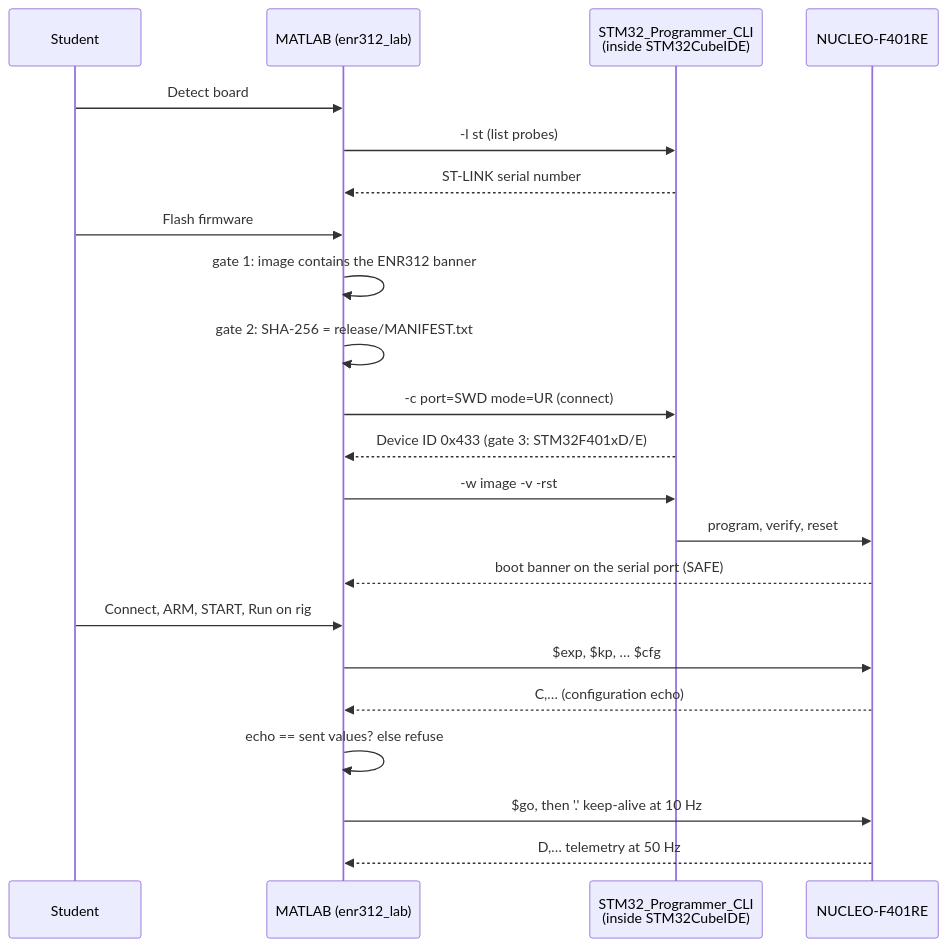
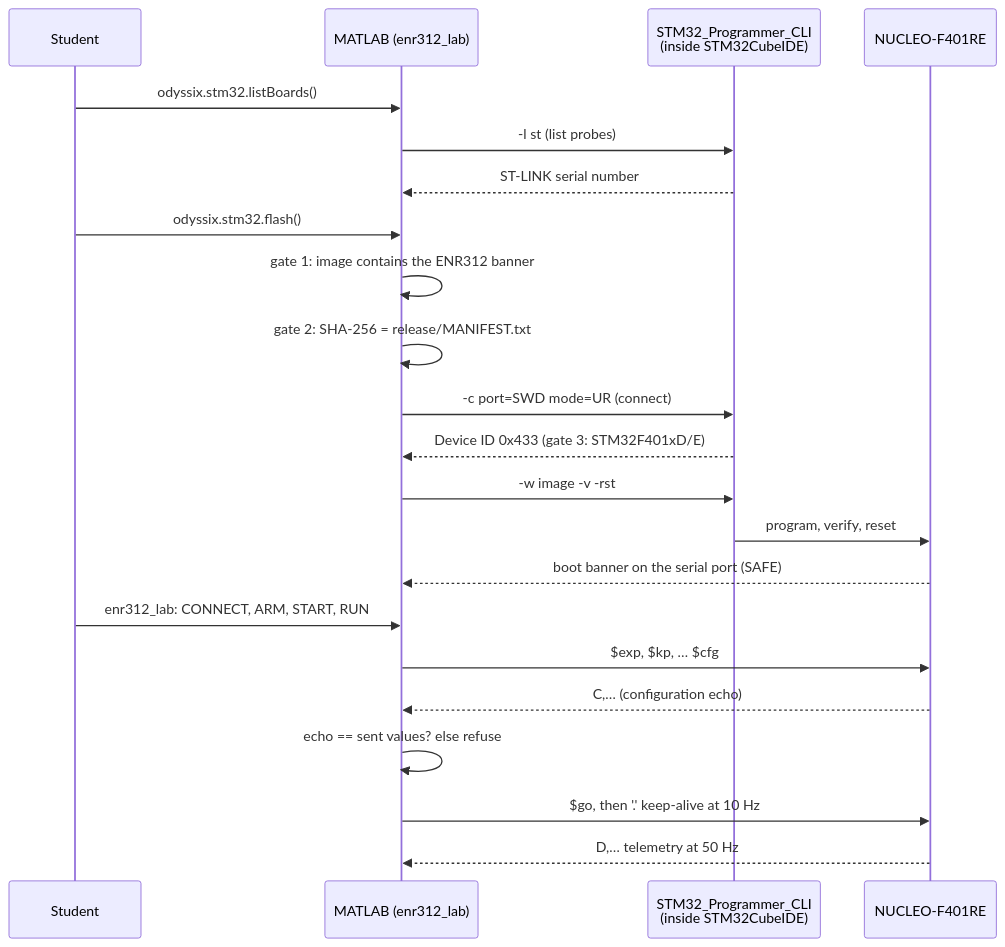
The diagram in docs/MATLAB_STM32_INTEGRATION.md (Samarth030312/enr312-rotary-inverted-pendulum), drawn with Mermaid before and after one commit. The commit also changed 59 other files, not shown here.

````diff
--- a/docs/MATLAB_STM32_INTEGRATION.md
+++ b/docs/MATLAB_STM32_INTEGRATION.md
@@ -9,24 +9,24 @@
 ```mermaid
 sequenceDiagram
     participant U as Student
     participant M as MATLAB (enr312_lab)
     participant P as STM32_Programmer_CLI<br/>(inside STM32CubeIDE)
     participant B as NUCLEO-F401RE
-    U->>M: Detect board
+    U->>M: odyssix.stm32.listBoards()
     M->>P: -l st (list probes)
     P-->>M: ST-LINK serial number
-    U->>M: Flash firmware
+    U->>M: odyssix.stm32.flash()
     M->>M: gate 1: image contains the ENR312 banner
     M->>M: gate 2: SHA-256 = release/MANIFEST.txt
     M->>P: -c port=SWD mode=UR (connect)
     P-->>M: Device ID 0x433 (gate 3: STM32F401xD/E)
     M->>P: -w image -v -rst
     P->>B: program, verify, reset
     B-->>M: boot banner on the serial port (SAFE)
-    U->>M: Connect, ARM, START, Run on rig
+    U->>M: enr312_lab: CONNECT, ARM, START, RUN
     M->>B: $exp, $kp, … $cfg
     B-->>M: C,… (configuration echo)
     M->>M: echo == sent values? else refuse
     M->>B: $go, then '.' keep-alive at 10 Hz
     B-->>M: D,… telemetry at 50 Hz
 ```
````
